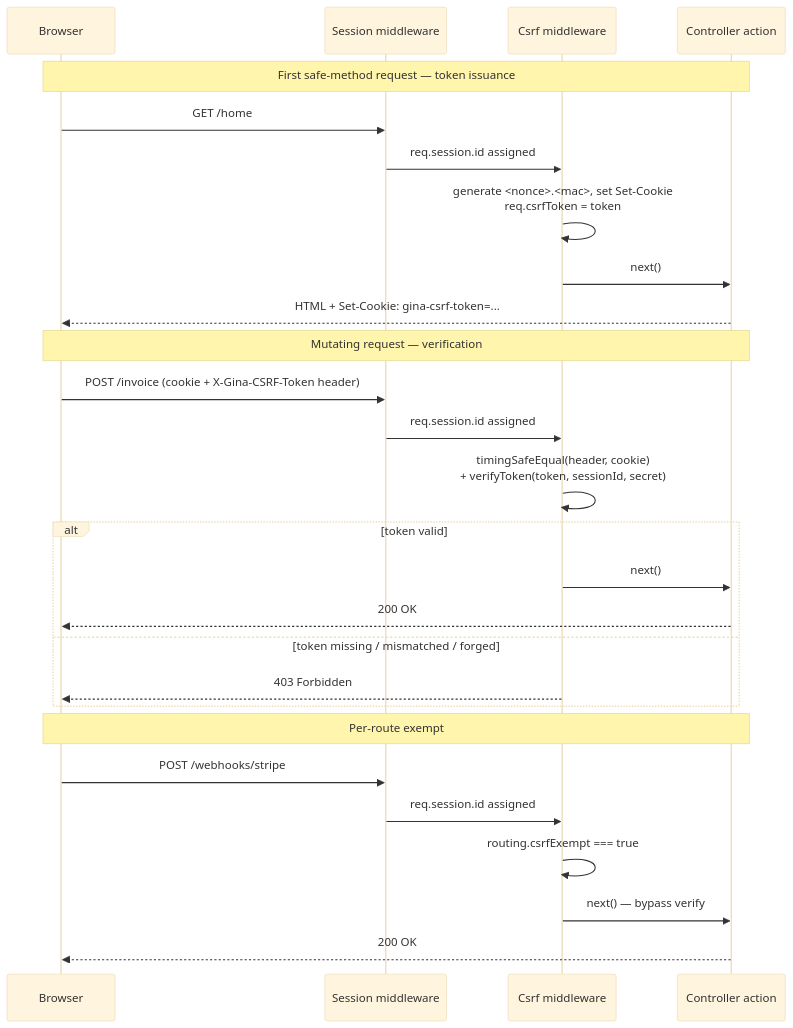
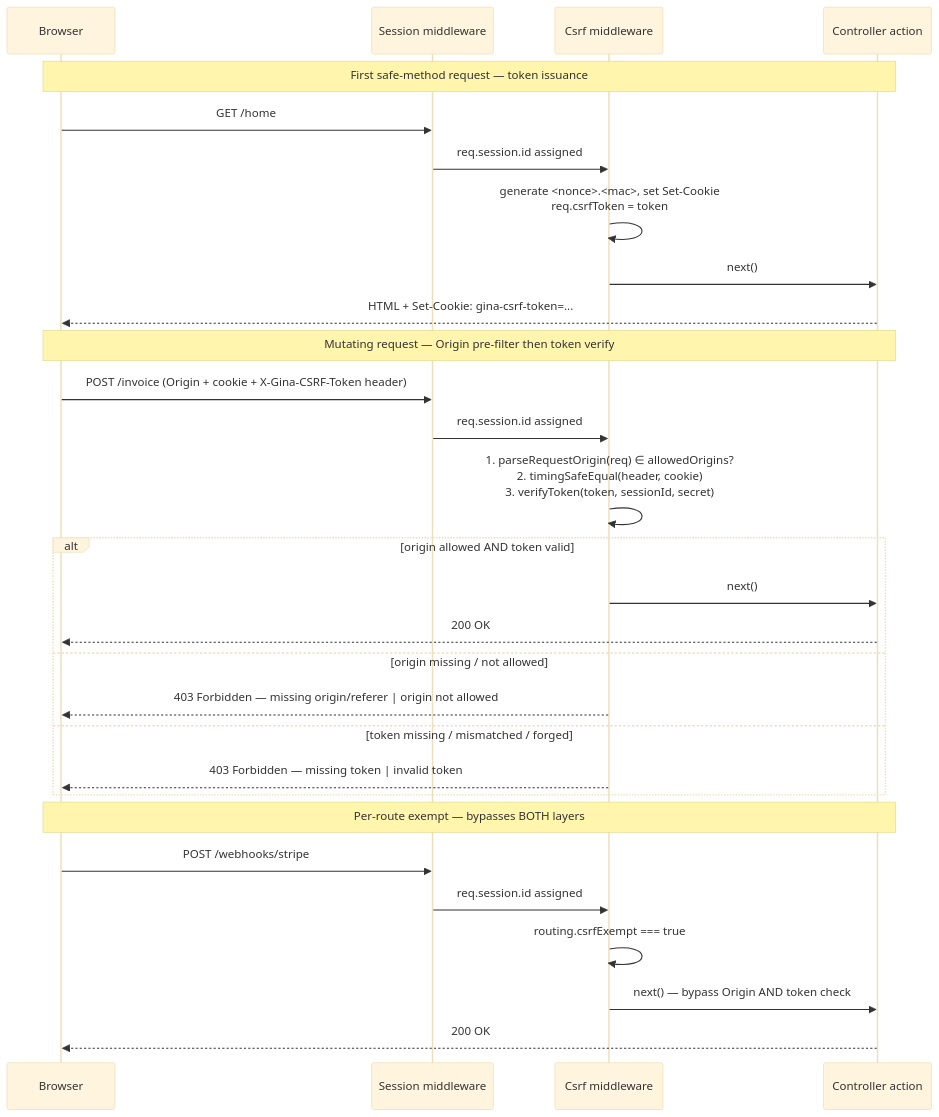
One commit to gina-io/docs changed the diagram in docs/guides/csrf.md. Above: the diagram before and after it, drawn with Mermaid (base theme). The commit also changed other lines of this file and 2 other files, not shown here.

First line of the commit message:
Documenting #CSRF3 Origin/Referer pre-filter (gina 0.3.7-alpha.10)

````diff
--- a/docs/guides/csrf.md
+++ b/docs/guides/csrf.md
@@ -50,32 +58,34 @@
 ```mermaid
 sequenceDiagram
     participant B as Browser
     participant S as Session middleware
     participant C as Csrf middleware
     participant A as Controller action
 
     Note over B,A: First safe-method request — token issuance
     B->>S: GET /home
     S->>C: req.session.id assigned
     C->>C: generate <nonce>.<mac>, set Set-Cookie<br/>req.csrfToken = token
     C->>A: next()
     A-->>B: HTML + Set-Cookie: gina-csrf-token=...
 
-    Note over B,A: Mutating request — verification
-    B->>S: POST /invoice (cookie + X-Gina-CSRF-Token header)
+    Note over B,A: Mutating request — Origin pre-filter then token verify
+    B->>S: POST /invoice (Origin + cookie + X-Gina-CSRF-Token header)
     S->>C: req.session.id assigned
-    C->>C: timingSafeEqual(header, cookie)<br/>+ verifyToken(token, sessionId, secret)
-    alt token valid
+    C->>C: 1. parseRequestOrigin(req) ∈ allowedOrigins?<br/>2. timingSafeEqual(header, cookie)<br/>3. verifyToken(token, sessionId, secret)
+    alt origin allowed AND token valid
         C->>A: next()
         A-->>B: 200 OK
+    else origin missing / not allowed
+        C-->>B: 403 Forbidden — missing origin/referer | origin not allowed
     else token missing / mismatched / forged
-        C-->>B: 403 Forbidden
+        C-->>B: 403 Forbidden — missing token | invalid token
     end
 
-    Note over B,A: Per-route exempt
+    Note over B,A: Per-route exempt — bypasses BOTH layers
     B->>S: POST /webhooks/stripe
     S->>C: req.session.id assigned
     C->>C: routing.csrfExempt === true
-    C->>A: next() — bypass verify
+    C->>A: next() — bypass Origin AND token check
     A-->>B: 200 OK
 ```
````
